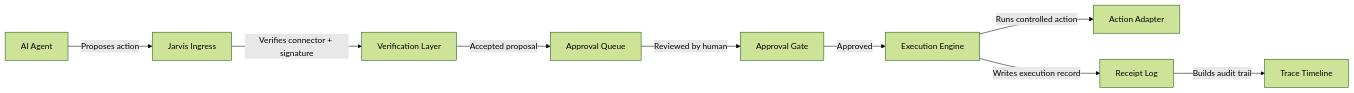
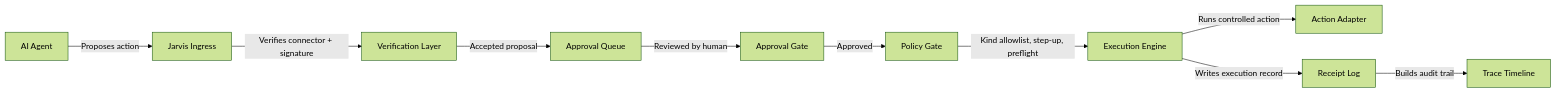
One commit to GitBenTank/jarvis-hud changed the second of 2 diagrams in docs/architecture/control-plane.md. Above: the diagram before and after it, drawn with Mermaid (forest theme). The commit also changed other lines of this file and 1 other file, not shown here.

First line of the commit message:
docs: add policy layer to architecture — gate before execution

````diff
--- a/docs/architecture/control-plane.md
+++ b/docs/architecture/control-plane.md
@@ -59,11 +61,12 @@
 ```mermaid
 flowchart LR
     A[AI Agent] -->|Proposes action| B[Jarvis Ingress]
     B -->|Verifies connector + signature| C[Verification Layer]
     C -->|Accepted proposal| D[Approval Queue]
     D -->|Reviewed by human| E[Approval Gate]
-    E -->|Approved| F[Execution Engine]
-    F -->|Runs controlled action| G[Action Adapter]
-    F -->|Writes execution record| H[Receipt Log]
-    H -->|Builds audit trail| I[Trace Timeline]
+    E -->|Approved| F[Policy Gate]
+    F -->|Kind allowlist, step-up, preflight| G[Execution Engine]
+    G -->|Runs controlled action| H[Action Adapter]
+    G -->|Writes execution record| I[Receipt Log]
+    I -->|Builds audit trail| J[Trace Timeline]
 ```
````
